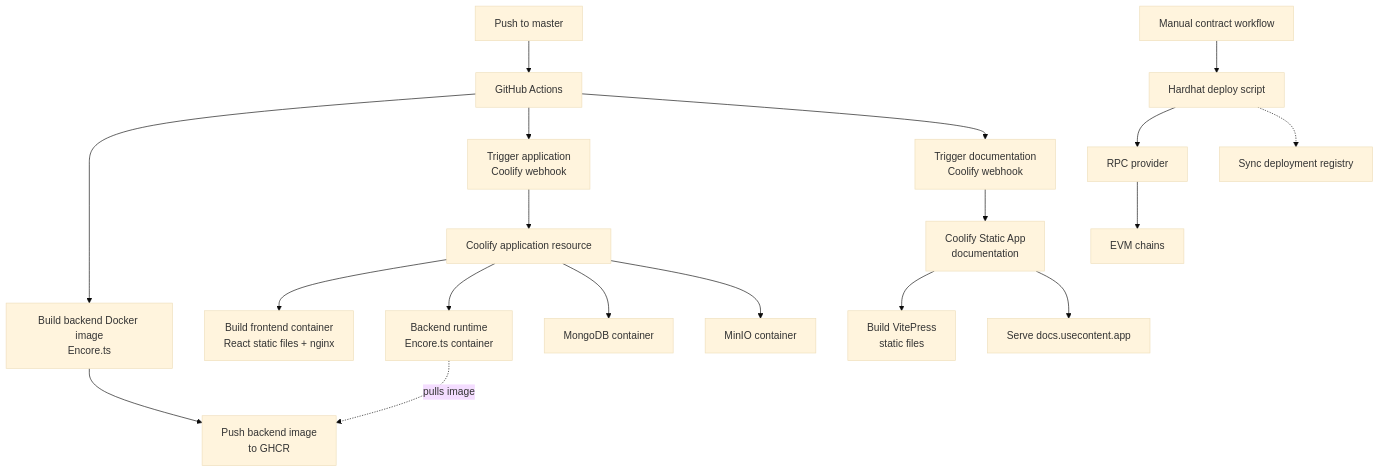
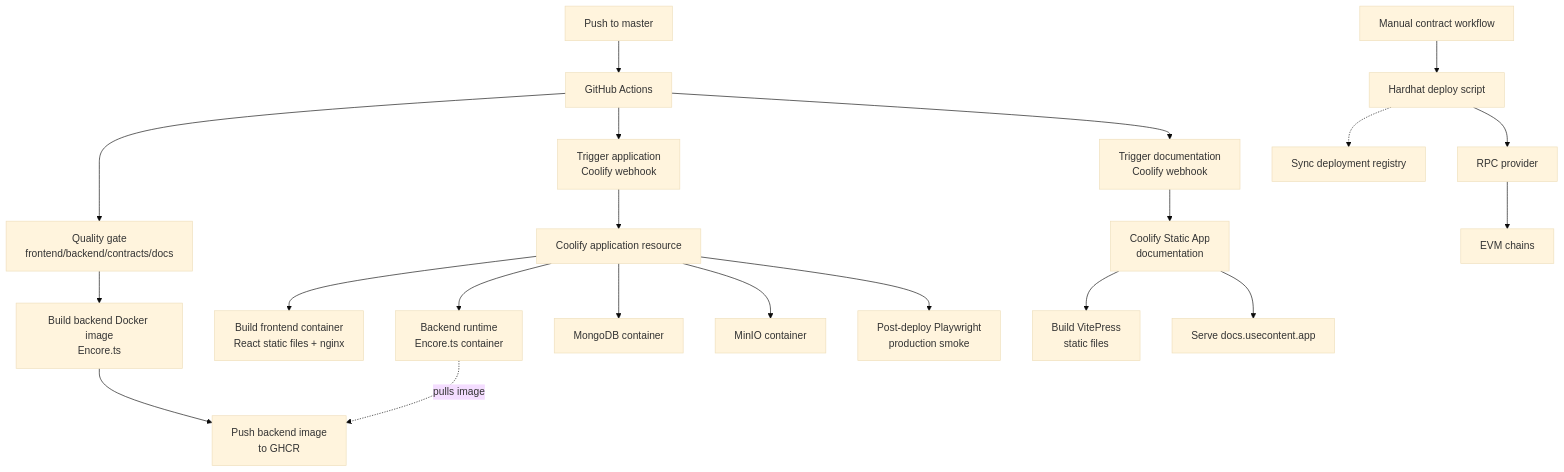
One commit to akhmetovKamil/useContent changed the first of 3 diagrams in documentation/deployment/index.md. Above: the diagram before and after it, drawn with Mermaid (base theme). The commit also changed other lines of this file and 21 other files, not shown here.

Commit message:
Add CI gates and Playwright smoke tests

````diff
--- a/documentation/deployment/index.md
+++ b/documentation/deployment/index.md
@@ -23,25 +23,27 @@
 ```mermaid
 flowchart TD
     Push["Push to master"] --> Actions["GitHub Actions"]
-    Actions --> BackendImage["Build backend Docker image<br/>Encore.ts"]
+    Actions --> Gate["Quality gate<br/>frontend/backend/contracts/docs"]
+    Gate --> BackendImage["Build backend Docker image<br/>Encore.ts"]
     BackendImage --> GHCR["Push backend image<br/>to GHCR"]
     Actions --> AppWebhook["Trigger application<br/>Coolify webhook"]
     Actions --> DocsWebhook["Trigger documentation<br/>Coolify webhook"]
 
     AppWebhook --> CoolifyApp["Coolify application resource"]
     DocsWebhook --> CoolifyDocs["Coolify Static App<br/>documentation"]
 
     CoolifyApp --> Frontend["Build frontend container<br/>React static files + nginx"]
     CoolifyApp --> Backend["Backend runtime<br/>Encore.ts container"]
     Backend -.->|pulls image| GHCR
     CoolifyApp --> Mongo["MongoDB container"]
     CoolifyApp --> MinIO["MinIO container"]
+    CoolifyApp --> Smoke["Post-deploy Playwright<br/>production smoke"]
 
     CoolifyDocs --> DocsBuild["Build VitePress<br/>static files"]
     CoolifyDocs --> DocsStatic["Serve docs.usecontent.app"]
 
     Manual["Manual contract workflow"] --> Hardhat["Hardhat deploy script"]
     Hardhat --> RPC["RPC provider"]
     RPC --> Chains["EVM chains"]
     Hardhat -.-> Registry["Sync deployment registry"]
 ```
````
